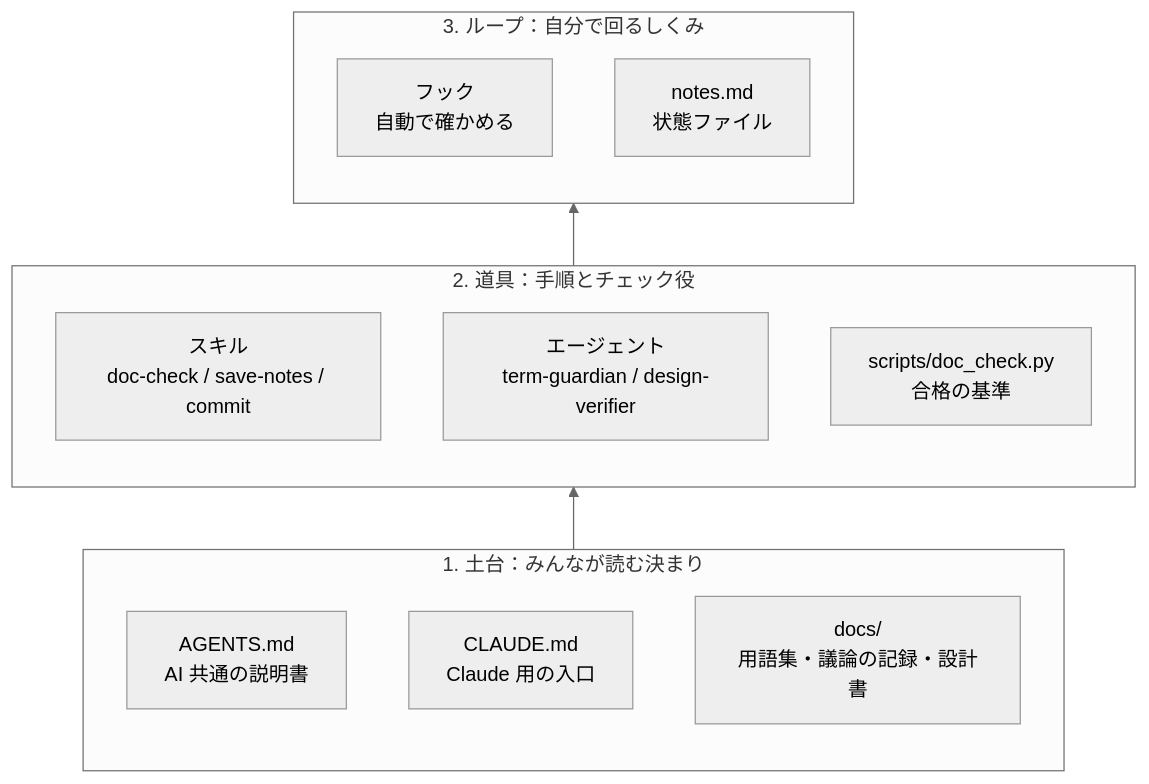
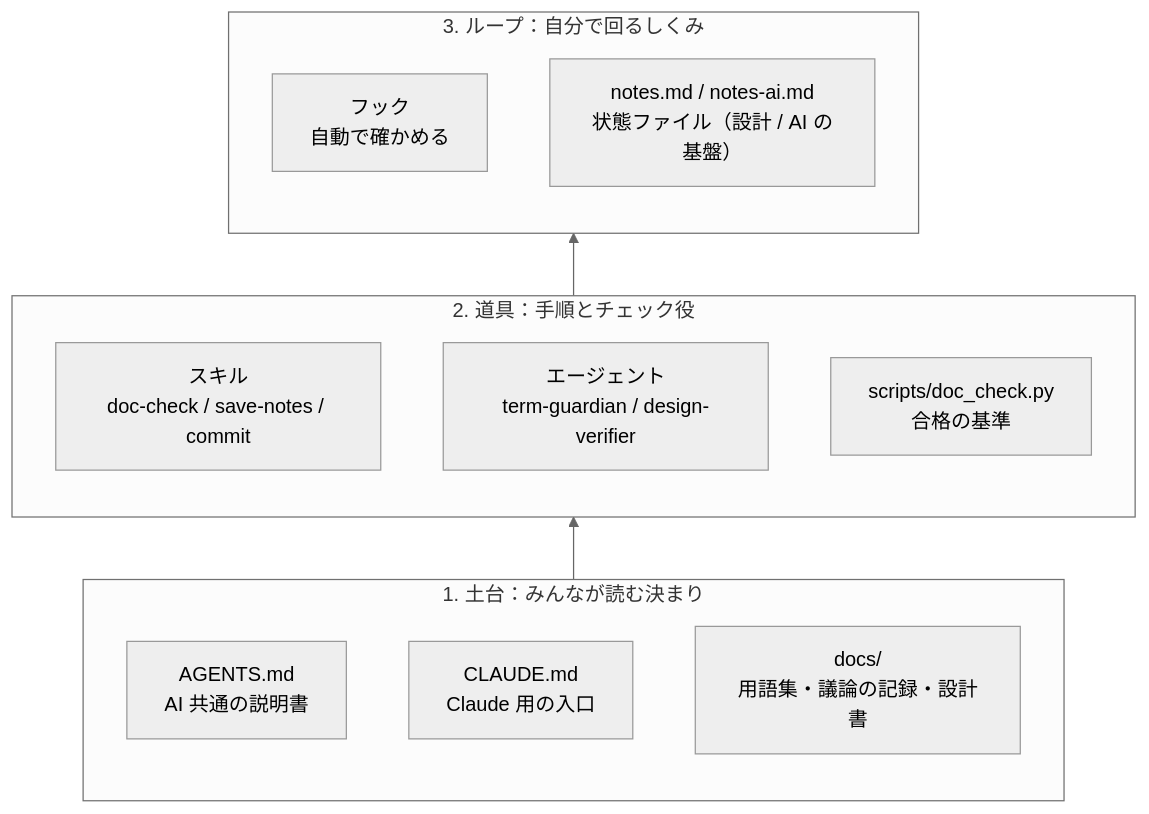
The first of 2 diagrams in .claude/README.md (capypara20/Foxonar), drawn with Mermaid (neutral theme) before and after one commit. The commit also changed other lines of this file and 9 other files, not shown here.

````diff
--- a/.claude/README.md
+++ b/.claude/README.md
@@ -14,18 +14,18 @@
 ```mermaid
 flowchart BT
   subgraph base["1. 土台：みんなが読む決まり"]
     agents["AGENTS.md<br>AI 共通の説明書"]
     claude["CLAUDE.md<br>Claude 用の入口"]
     docs["docs/<br>用語集・議論の記録・設計書"]
   end
   subgraph tools["2. 道具：手順とチェック役"]
     skills["スキル<br>doc-check / save-notes / commit"]
     subagents["エージェント<br>term-guardian / design-verifier"]
     script["scripts/doc_check.py<br>合格の基準"]
   end
   subgraph loop["3. ループ：自分で回るしくみ"]
     hooks["フック<br>自動で確かめる"]
-    notes["notes.md<br>状態ファイル"]
+    notes["notes.md / notes-ai.md<br>状態ファイル（設計 / AI の基盤）"]
   end
   base --> tools --> loop
 ```
````
